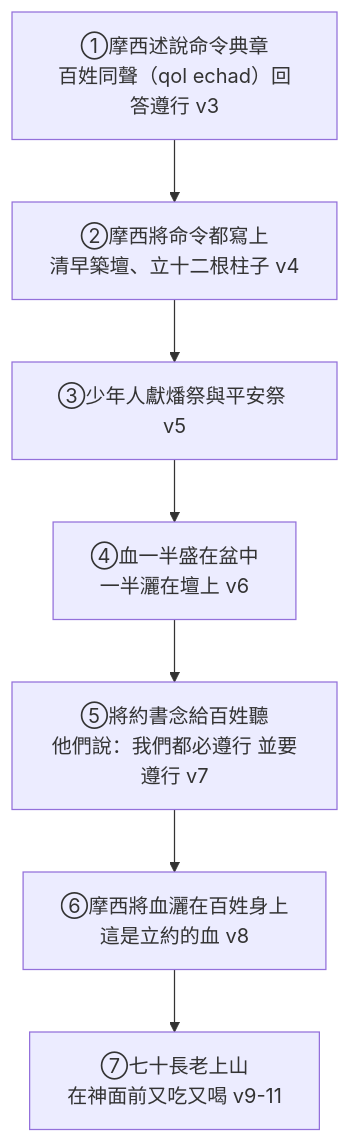
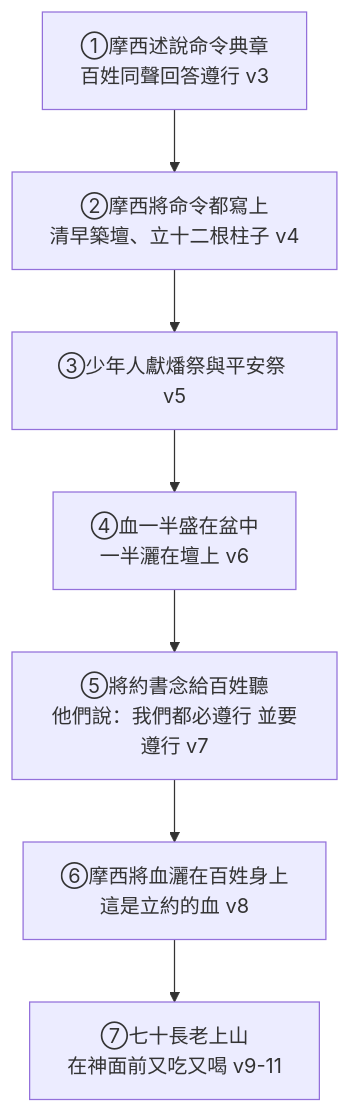
The second of 2 diagrams in 02 出埃及記/第24章.md (andyjr5566/Bible_wiki_zh), drawn with Mermaid before and after one commit. The commit also changed other lines of this file and 39 other files, not shown here.

````diff
--- a/02 出埃及記/第24章.md
+++ b/02 出埃及記/第24章.md
@@ -137,9 +137,9 @@
 ```mermaid
 flowchart TD
-  S1["①摩西述說命令典章<br/>百姓同聲（qol echad）回答遵行 v3"] --> S2["②摩西將命令都寫上<br/>清早築壇、立十二根柱子 v4"]
+  S1["①摩西述說命令典章<br/>百姓同聲回答遵行 v3"] --> S2["②摩西將命令都寫上<br/>清早築壇、立十二根柱子 v4"]
   S2 --> S3["③少年人獻燔祭與平安祭 v5"]
   S3 --> S4["④血一半盛在盆中<br/>一半灑在壇上 v6"]
   S4 --> S5["⑤將約書念給百姓聽<br/>他們說：我們都必遵行 並要遵行 v7"]
   S5 --> S6["⑥摩西將血灑在百姓身上<br/>這是立約的血 v8"]
   S6 --> S7["⑦七十長老上山<br/>在神面前又吃又喝 v9-11"]
 ```
````
